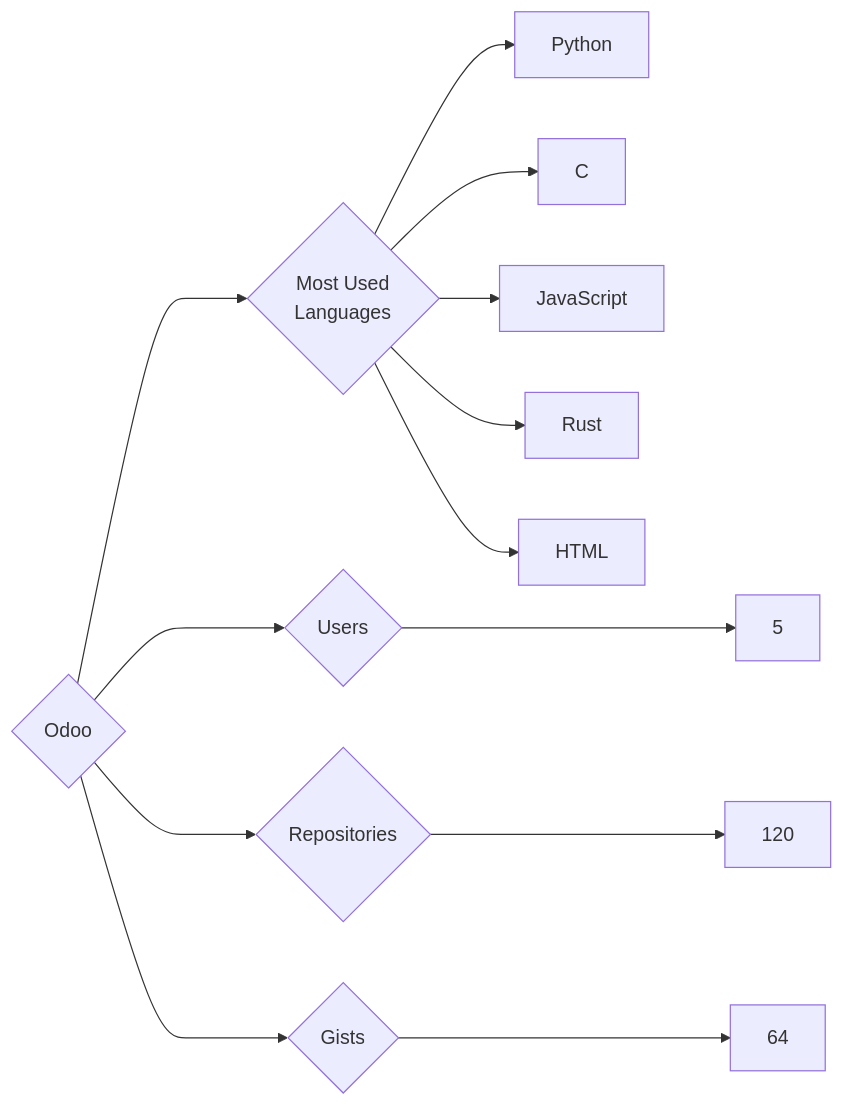
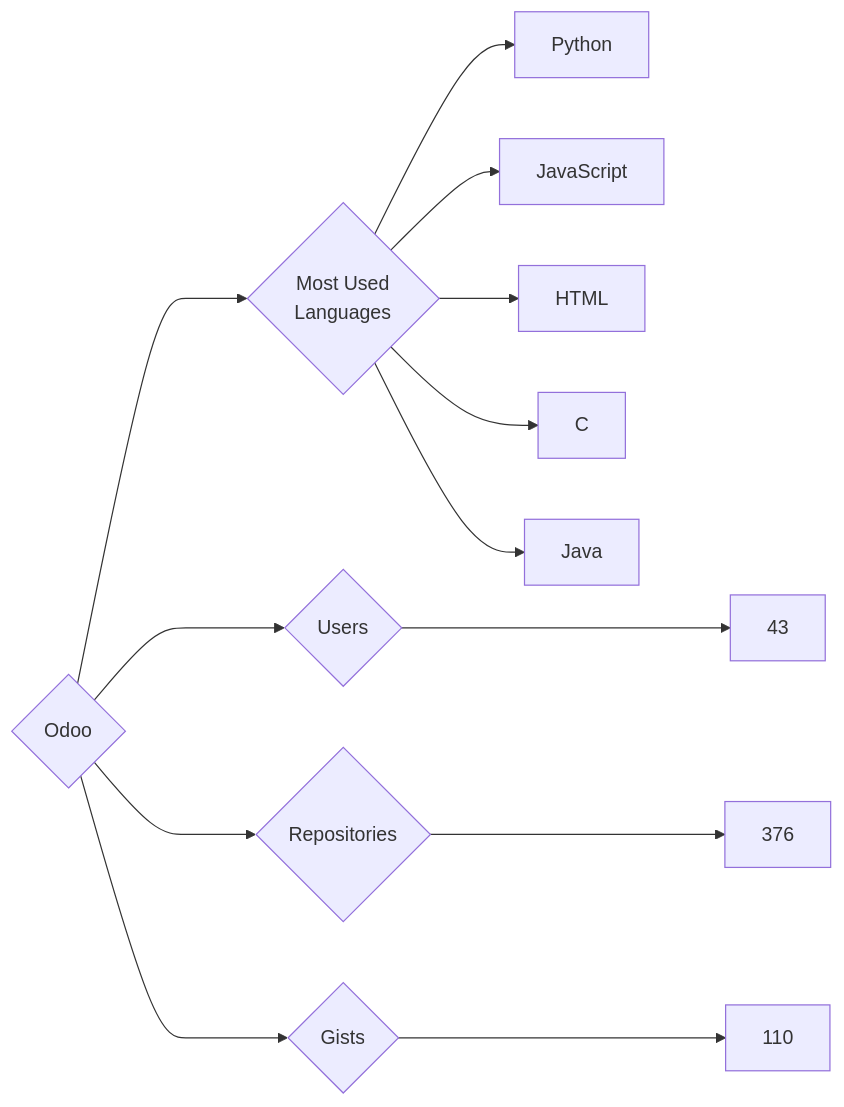
Before and after one commit to trickest/insiders: the diagram in targets/Odoo/README.md, drawn with Mermaid. The commit also changed 995 other files, not shown here.

````diff
--- a/targets/Odoo/README.md
+++ b/targets/Odoo/README.md
@@ -3,13 +3,13 @@
 ```mermaid
 graph LR
 COMPANY_NAME{Odoo}
-COMPANY_NAME ---> U{Users} ---> UN[5]
-COMPANY_NAME ---> R{Repositories} ---> RN[120]
-COMPANY_NAME ---> G{Gists} ---> GN[64]
+COMPANY_NAME ---> U{Users} ---> UN[43]
+COMPANY_NAME ---> R{Repositories} ---> RN[376]
+COMPANY_NAME ---> G{Gists} ---> GN[110]
 COMPANY_NAME ---> ML{Most Used<br>Languages}
 ML --> Python[Python]
+ML --> JavaScript[JavaScript]
+ML --> HTML[HTML]
 ML --> C[C]
-ML --> JavaScript[JavaScript]
-ML --> Rust[Rust]
-ML --> HTML[HTML]
+ML --> Java[Java]
 ```
````
